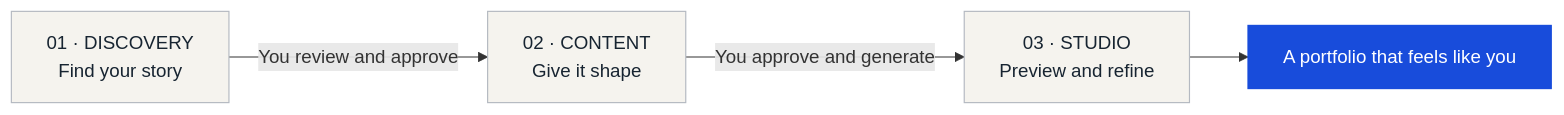
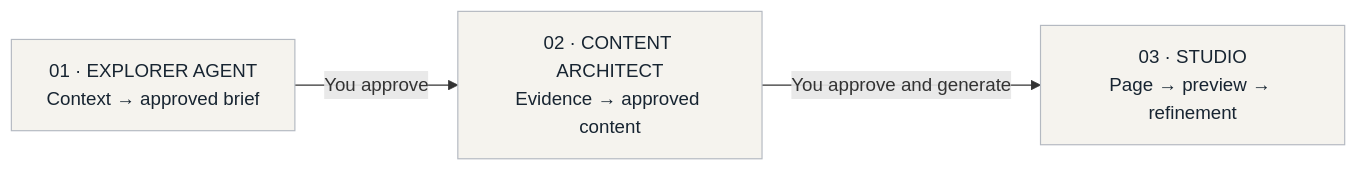
The first of 2 diagrams in README.md (yashsrivastava0/OryxenAI), drawn with Mermaid before and after one commit. The commit also changed other lines of this file and 90 other files, not shown here.

Commit message:
feat(explorer): rename the portfolio stage and expand project overview

````diff
--- a/README.md
+++ b/README.md
@@ -28,10 +35,7 @@
 ```mermaid
 flowchart LR
-    A["01 · DISCOVERY<br/>Find your story"] -->|You review and approve| B["02 · CONTENT<br/>Give it shape"]
-    B -->|You approve and generate| C["03 · STUDIO<br/>Preview and refine"]
-    C --> D["A portfolio that feels like you"]
-    classDef step fill:#f5f3ee,stroke:#b4b9c1,color:#172431,stroke-width:1px;
-    classDef result fill:#184cdb,stroke:#184cdb,color:#ffffff;
-    class A,B,C step;
-    class D result;
+    A["01 · EXPLORER AGENT<br/>Context → approved brief"] -->|You approve| B["02 · CONTENT ARCHITECT<br/>Evidence → approved content"]
+    B -->|You approve and generate| C["03 · STUDIO<br/>Page → preview → refinement"]
+    classDef stage fill:#f5f3ee,stroke:#b4b9c1,color:#172431,stroke-width:1px;
+    class A,B,C stage;
 ```
````
